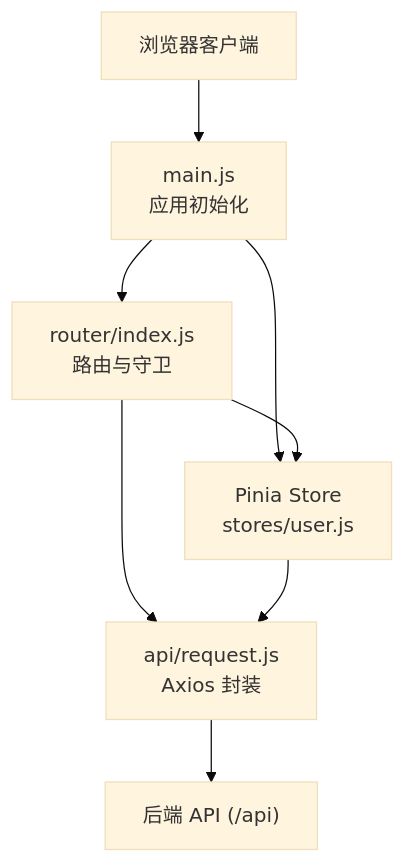
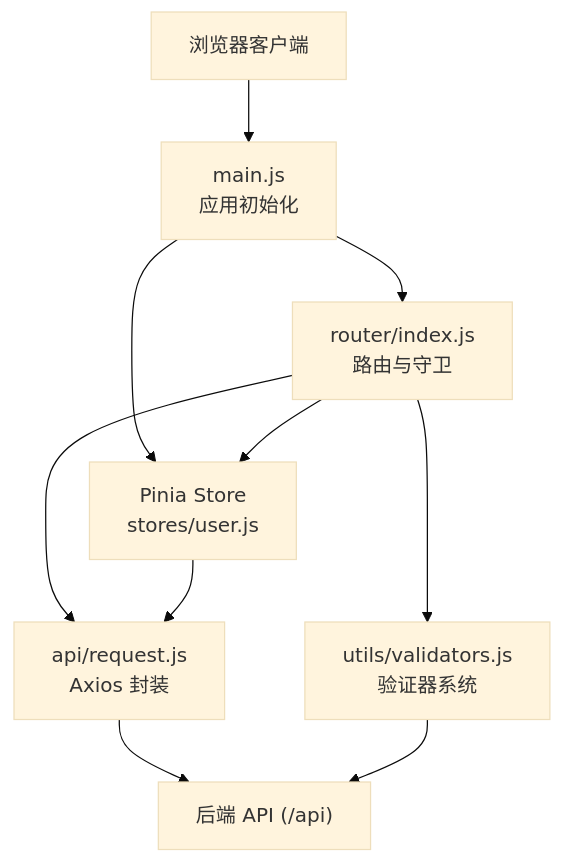
The second of 16 diagrams in .qoder/repowiki/zh/content/前端架构设计/前端架构设计.md (ismine3/OPS), drawn with Mermaid (base theme) before and after one commit. The commit also changed other lines of this file and 5 other files, not shown here.

````diff
--- a/.qoder/repowiki/zh/content/前端架构设计/前端架构设计.md
+++ b/.qoder/repowiki/zh/content/前端架构设计/前端架构设计.md
@@ -160,16 +178,19 @@
 ```mermaid
 graph TB
 CLIENT["浏览器客户端"]
 ENTRY["main.js<br/>应用初始化"]
 ROUTER["router/index.js<br/>路由与守卫"]
 PINIA["Pinia Store<br/>stores/user.js"]
 AXIOS["api/request.js<br/>Axios 封装"]
+VALIDATORS["utils/validators.js<br/>验证器系统"]
 BACKEND["后端 API (/api)"]
 CLIENT --> ENTRY
 ENTRY --> ROUTER
 ENTRY --> PINIA
 ROUTER --> PINIA
 ROUTER --> AXIOS
+ROUTER --> VALIDATORS
 PINIA --> AXIOS
 AXIOS --> BACKEND
+VALIDATORS --> BACKEND
 ```
````
